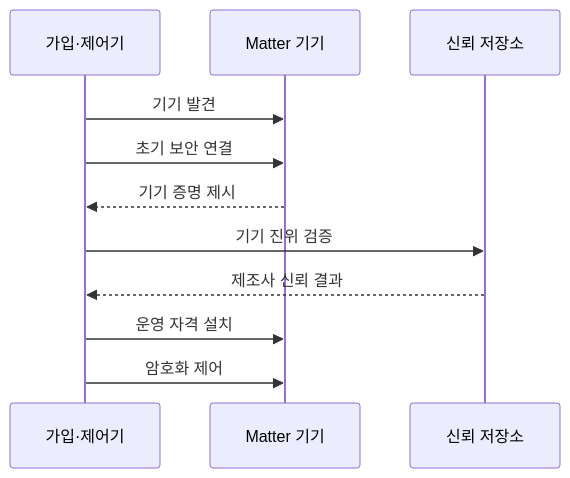
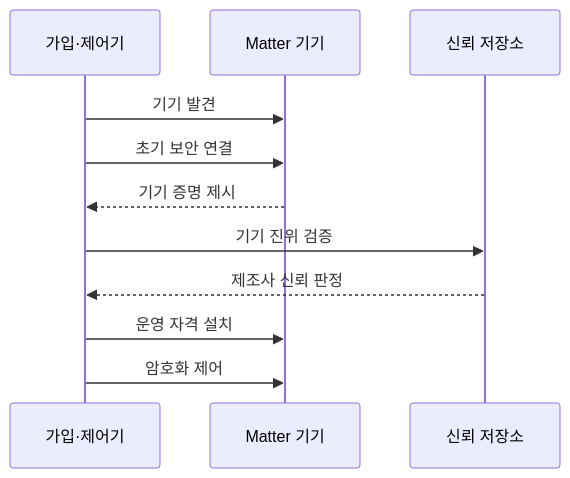
The second of 2 diagrams in src/content/docs/notes/04-network/113_smart_home_network_matter.md (agnusdei1207/knowledge-base), drawn with Mermaid before and after one commit. The commit also changed other lines of this file and 7 other files, not shown here.

````diff
--- a/src/content/docs/notes/04-network/113_smart_home_network_matter.md
+++ b/src/content/docs/notes/04-network/113_smart_home_network_matter.md
@@ -83,13 +83,13 @@
 ```mermaid
 sequenceDiagram
   participant C as 가입·제어기
   participant D as Matter 기기
   participant T as 신뢰 저장소
   C->>D: 기기 발견
   C->>D: 초기 보안 연결
   D-->>C: 기기 증명 제시
   C->>T: 기기 진위 검증
-  T-->>C: 제조사 신뢰 결과
+  T-->>C: 제조사 신뢰 판정
   C->>D: 운영 자격 설치
   C->>D: 암호화 제어
 ```
````
